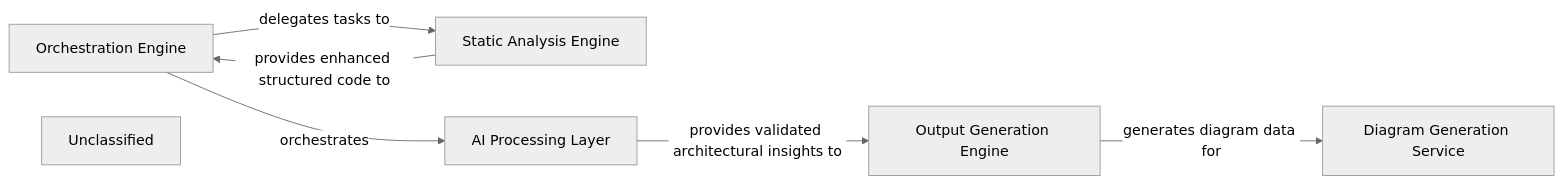
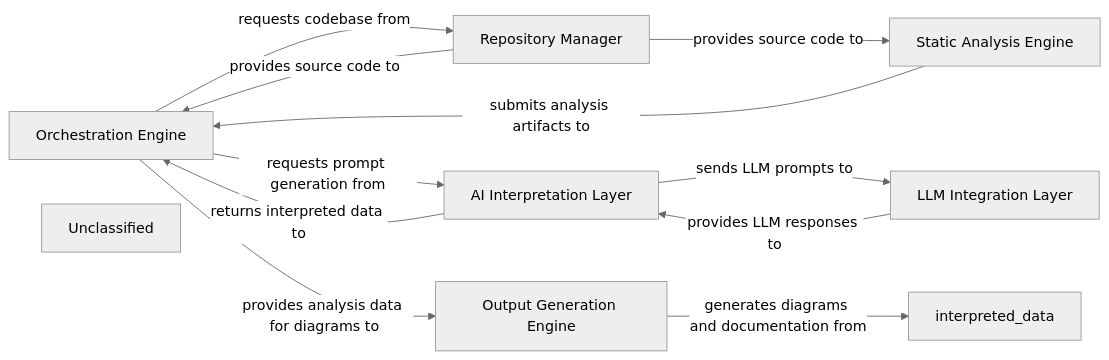
The diagram in .codeboarding/overview.md (CodeBoarding/CodeBoarding), drawn with Mermaid (neutral theme) before and after one commit. The commit also changed other lines of this file and 19 other files, not shown here.

First line of the commit message:
docs: update codeboarding documentation and generate architecture

````diff
--- a/.codeboarding/overview.md
+++ b/.codeboarding/overview.md
@@ -1,22 +1,26 @@
 ```mermaid
 graph LR
     Orchestration_Engine["Orchestration Engine"]
+    Repository_Manager["Repository Manager"]
     Static_Analysis_Engine["Static Analysis Engine"]
-    AI_Processing_Layer["AI Processing Layer"]
+    AI_Interpretation_Layer["AI Interpretation Layer"]
+    LLM_Integration_Layer["LLM Integration Layer"]
     Output_Generation_Engine["Output Generation Engine"]
-    Diagram_Generation_Service["Diagram Generation Service"]
     Unclassified["Unclassified"]
-    Unclassified["Unclassified"]
-    Unclassified["Unclassified"]
-    Unclassified["Unclassified"]
-    Orchestration_Engine -- "delegates tasks to" --> Static_Analysis_Engine
-    Static_Analysis_Engine -- "provides enhanced structured code to" --> Orchestration_Engine
-    Orchestration_Engine -- "orchestrates" --> AI_Processing_Layer
-    AI_Processing_Layer -- "provides validated architectural insights to" --> Output_Generation_Engine
-    Output_Generation_Engine -- "generates diagram data for" --> Diagram_Generation_Service
+    Orchestration_Engine -- "requests codebase from" --> Repository_Manager
+    Repository_Manager -- "provides source code to" --> Static_Analysis_Engine
+    Static_Analysis_Engine -- "submits analysis artifacts to" --> Orchestration_Engine
+    Orchestration_Engine -- "requests prompt generation from" --> AI_Interpretation_Layer
+    AI_Interpretation_Layer -- "sends LLM prompts to" --> LLM_Integration_Layer
+    LLM_Integration_Layer -- "provides LLM responses to" --> AI_Interpretation_Layer
+    AI_Interpretation_Layer -- "returns interpreted data to" --> Orchestration_Engine
+    Orchestration_Engine -- "provides analysis data for diagrams to" --> Output_Generation_Engine
+    Output_Generation_Engine -- "generates diagrams and documentation from" --> interpreted_data
+    Repository_Manager -- "provides source code to" --> Orchestration_Engine
     click Orchestration_Engine href "https://github.com/CodeBoarding/CodeBoarding/blob/main/.codeboarding/Orchestration_Engine.md" "Details"
+    click Repository_Manager href "https://github.com/CodeBoarding/CodeBoarding/blob/main/.codeboarding/Repository_Manager.md" "Details"
     click Static_Analysis_Engine href "https://github.com/CodeBoarding/CodeBoarding/blob/main/.codeboarding/Static_Analysis_Engine.md" "Details"
-    click AI_Processing_Layer href "https://github.com/CodeBoarding/CodeBoarding/blob/main/.codeboarding/AI_Processing_Layer.md" "Details"
+    click AI_Interpretation_Layer href "https://github.com/CodeBoarding/CodeBoarding/blob/main/.codeboarding/AI_Interpretation_Layer.md" "Details"
+    click LLM_Integration_Layer href "https://github.com/CodeBoarding/CodeBoarding/blob/main/.codeboarding/LLM_Integration_Layer.md" "Details"
     click Output_Generation_Engine href "https://github.com/CodeBoarding/CodeBoarding/blob/main/.codeboarding/Output_Generation_Engine.md" "Details"
-    click Diagram_Generation_Service href "https://github.com/CodeBoarding/CodeBoarding/blob/main/.codeboarding/Diagram_Generation_Service.md" "Details"
 ```
````
